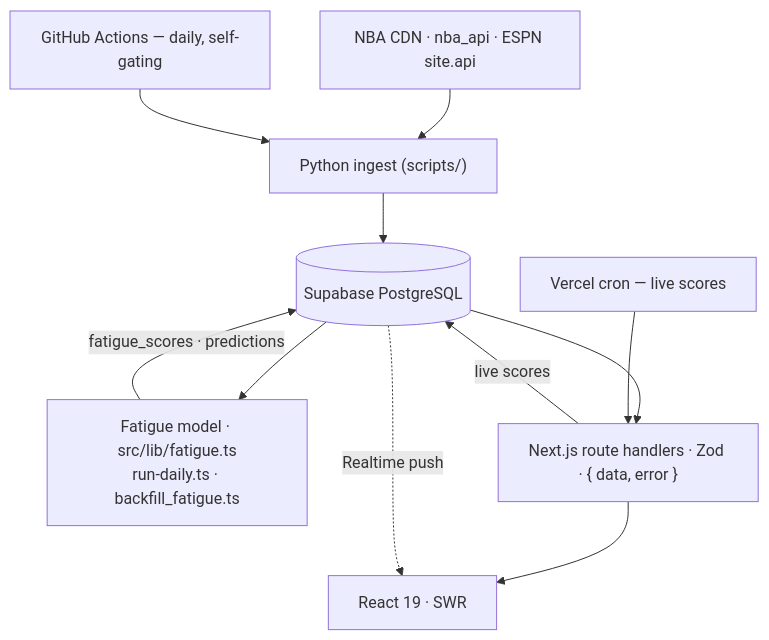
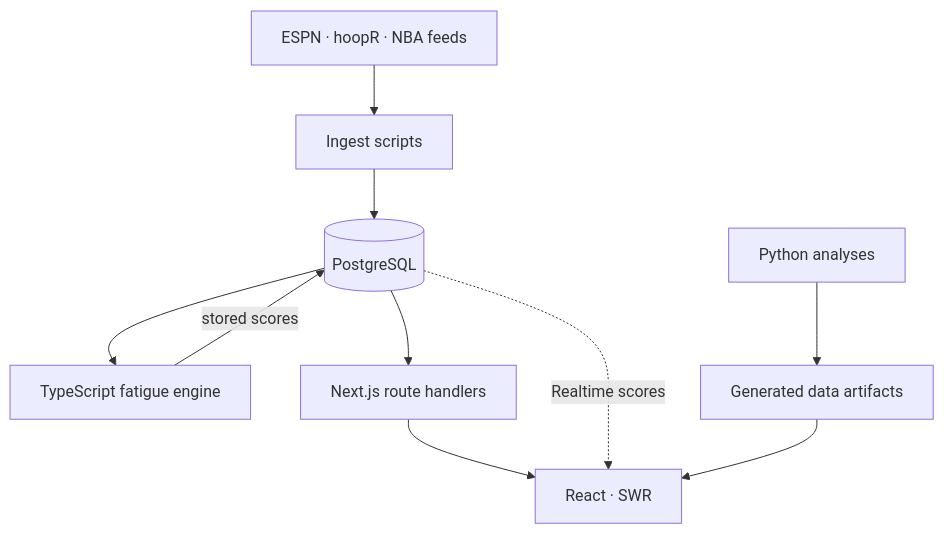
The diagram in README.md (mhju0/fullcourt), drawn with Mermaid before and after one commit. The commit also changed other lines of this file and 91 other files, not shown here.

````diff
--- a/README.md
+++ b/README.md
@@ -236,13 +73,12 @@
 ```mermaid
 flowchart TD
-    src["NBA CDN · nba_api · ESPN site.api"] --> ingest["Python ingest (scripts/)"]
-    ingest --> db[("Supabase PostgreSQL")]
-    db --> model["Fatigue model · src/lib/fatigue.ts<br/>run-daily.ts · backfill_fatigue.ts"]
-    model -->|"fatigue_scores · predictions"| db
-    db --> api["Next.js route handlers · Zod · { data, error }"]
-    api -->|"live scores"| db
-    api --> ui["React 19 · SWR"]
-    db -.->|"Realtime push"| ui
-    cron["GitHub Actions — daily, self-gating"] --> ingest
-    vercel["Vercel cron — live scores"] --> api
+    feeds["ESPN · hoopR · NBA feeds"] --> ingest["Ingest scripts"]
+    ingest --> db[("PostgreSQL")]
+    db --> fatigue["TypeScript fatigue engine"]
+    fatigue -->|"stored scores"| db
+    db --> api["Next.js route handlers"]
+    api --> ui["React · SWR"]
+    db -.->|"Realtime scores"| ui
+    offline["Python analyses"] --> artifacts["Generated data artifacts"]
+    artifacts --> ui
 ```
````
